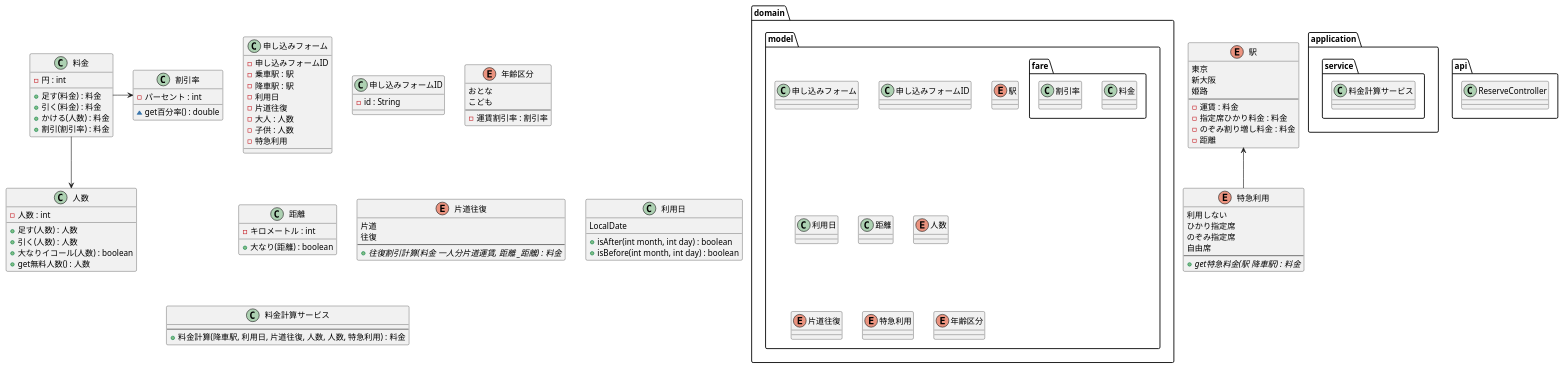
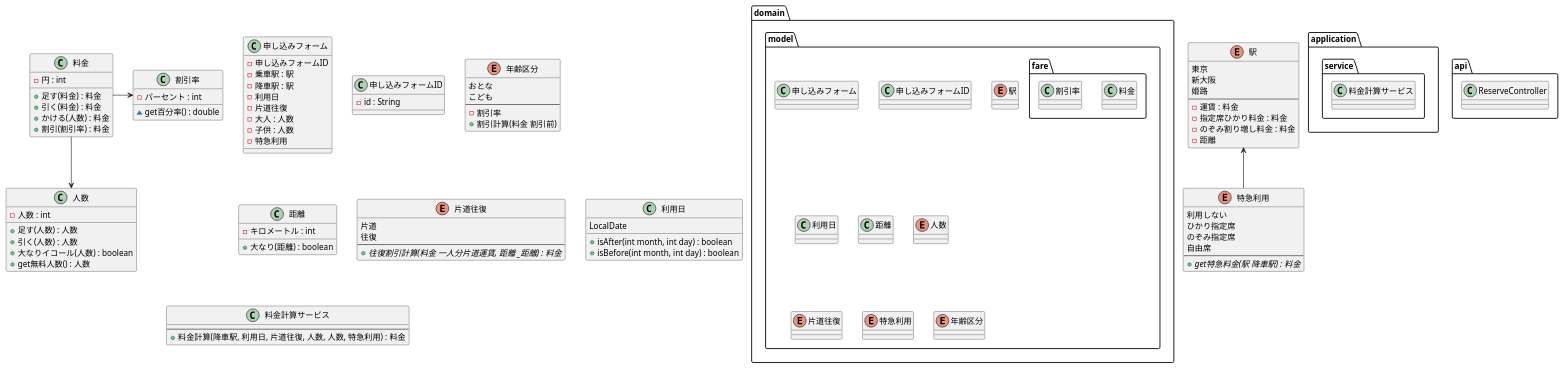
The diagram in uml/class.puml (MiuraKotaro/jr-pricing), drawn with PlantUML before and after one commit. The commit also changed 3 other files, not shown here.

```diff
--- a/uml/class.puml
+++ b/uml/class.puml
@@ -1,118 +1,119 @@
 @startuml
 
 package domain {
     package model {
 
         class 申し込みフォーム
         class 申し込みフォームID
         enum 駅
         package fare {
             class 料金
             class 割引率
         }
         class 利用日
         class 距離
         enum 人数
         enum 片道往復
         enum 特急利用
         enum 年齢区分
     }
 
 }
 
 package application {
     package service {
         class 料金計算サービス
     }
 }
 
 package api {
     class ReserveController
 }
 
 class 申し込みフォーム {
     - 申し込みフォームID
     - 乗車駅 : 駅
     - 降車駅 : 駅
     - 利用日
     - 片道往復
     - 大人 : 人数
     - 子供 : 人数
     - 特急利用
 }
 class 申し込みフォームID {
     - id : String
 }
 enum 駅 {
     東京
     新大阪
     姫路
     --
     - 運賃 : 料金
     - 指定席ひかり料金 : 料金
     - のぞみ割り増し料金 : 料金
     - 距離
 }
 enum 特急利用 {
     利用しない
     ひかり指定席
     のぞみ指定席
     自由席
     --
     + {abstract} get特急料金(駅 降車駅) : 料金
 }
 enum 年齢区分 {
     おとな
     こども
     --
-    - 運賃割引率 : 割引率
+    - 割引率
+    + 割引計算(料金 割引前)
 }
 class 料金 {
     - 円 : int
 
     + 足す(料金) : 料金
     + 引く(料金) : 料金
     + かける(人数) : 料金
     + 割引(割引率) : 料金
 }
 class 割引率 {
     - パーセント : int
 
     ~ get百分率() : double
 }
 class 距離 {
     - キロメートル : int
 
     + 大なり(距離) : boolean
 }
 class 人数 {
     - 人数 : int
 
     + 足す(人数) : 人数
     + 引く(人数) : 人数
     + 大なりイコール(人数) : boolean
     + get無料人数() : 人数
 }
 enum 片道往復 {
     片道
     往復
     --
     + {abstract} 往復割引計算(料金 一人分片道運賃, 距離 _距離) : 料金
 }
 class 利用日 {
     LocalDate
 
     + isAfter(int month, int day) : boolean
     + isBefore(int month, int day) : boolean
 }
 
 class 料金計算サービス {
     --
     + 料金計算(降車駅, 利用日, 片道往復, 人数, 人数, 特急利用) : 料金
 }
 
 駅 <-- 特急利用
 料金 --> 人数
 料金 -> 割引率
 
 @enduml
```
